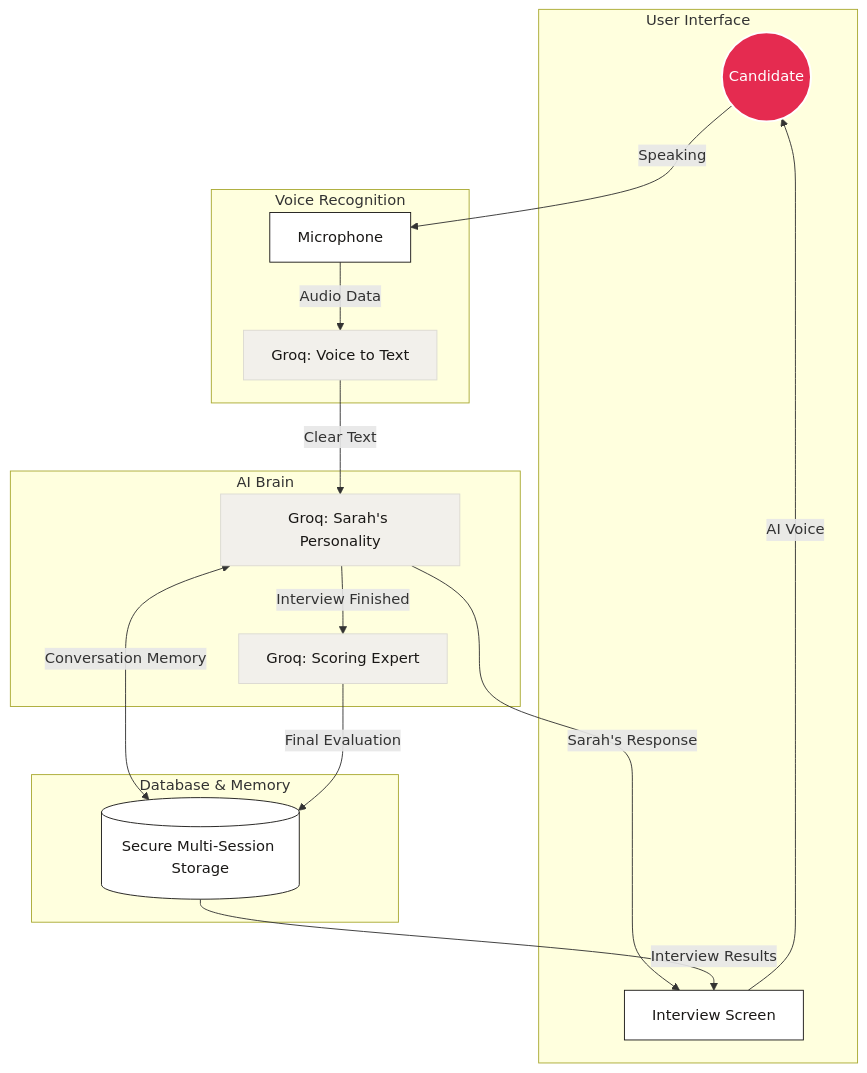
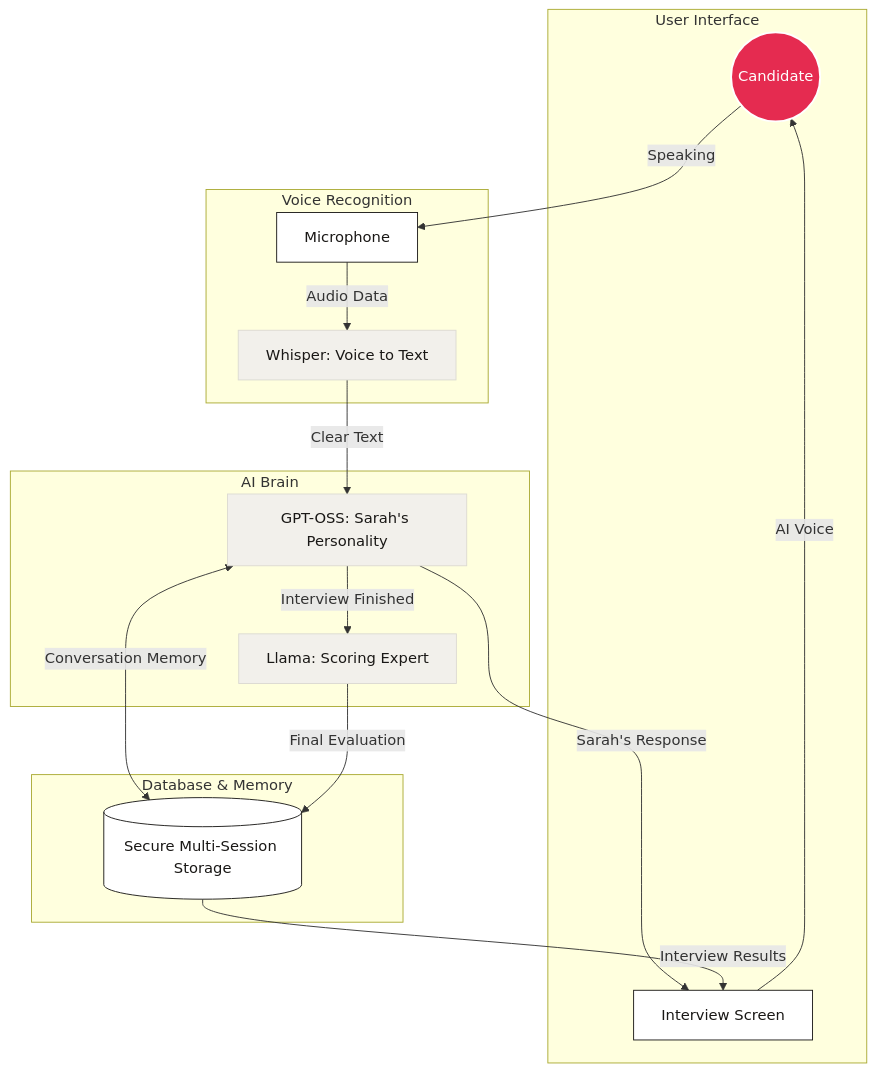
Before and after one commit to farhanrhine/ai-tutor-screener: the diagram in README.md, drawn with Mermaid.

Commit message:
docs: use dual-labeling for models in architecture diagram

````diff
--- a/README.md
+++ b/README.md
@@ -22,41 +22,41 @@
 ```mermaid
 graph TD
     %% Styling
     classDef candidate fill:#E52b50,stroke:#fff,stroke-width:2px,color:#fff
     classDef sarah fill:#222,stroke:#E52b50,stroke-width:2px,color:#fff
     classDef groq fill:#f2f0eb,stroke:#dcdad2,stroke-width:1px,color:#1a1816
     classDef logic fill:#fff,stroke:#1a1816,stroke-width:1px,color:#1a1816
 
     subgraph Frontend [User Interface]
         User((Candidate)):::candidate
         UI[Interview Screen]:::logic
     end
 
     subgraph STT [Voice Recognition]
         Audio[Microphone]:::logic
-        Whisper[Groq: Voice to Text]:::groq
+        Whisper[Whisper: Voice to Text]:::groq
     end
 
     subgraph Brain [AI Brain]
-        GPT[Groq: Sarah's Personality]:::groq
-        Llama[Groq: Scoring Expert]:::groq
+        GPT[GPT-OSS: Sarah's Personality]:::groq
+        Llama[Llama: Scoring Expert]:::groq
     end
 
     subgraph Storage [Database & Memory]
         DB[(Secure Multi-Session Storage)]:::logic
     end
 
     %% Flow
     User -->|Speaking| Audio
     Audio -->|Audio Data| Whisper
     Whisper -->|Clear Text| GPT
     
     GPT <-->|Conversation Memory| DB
     GPT -->|Sarah's Response| UI
     UI -->|AI Voice| User
 
     %% Assessment Trigger
     GPT -->|Interview Finished| Llama
     Llama -->|Final Evaluation| DB
     DB -->|Interview Results| UI
 ```
````
